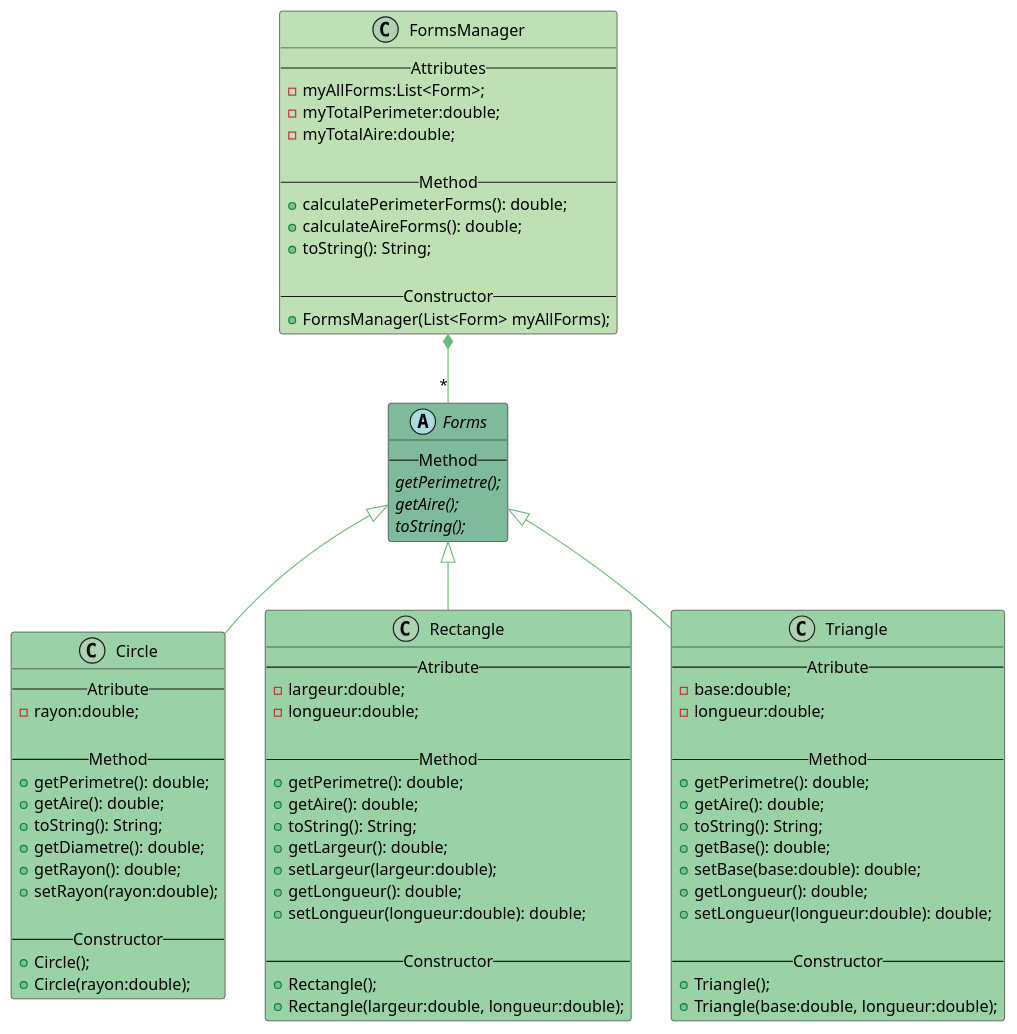
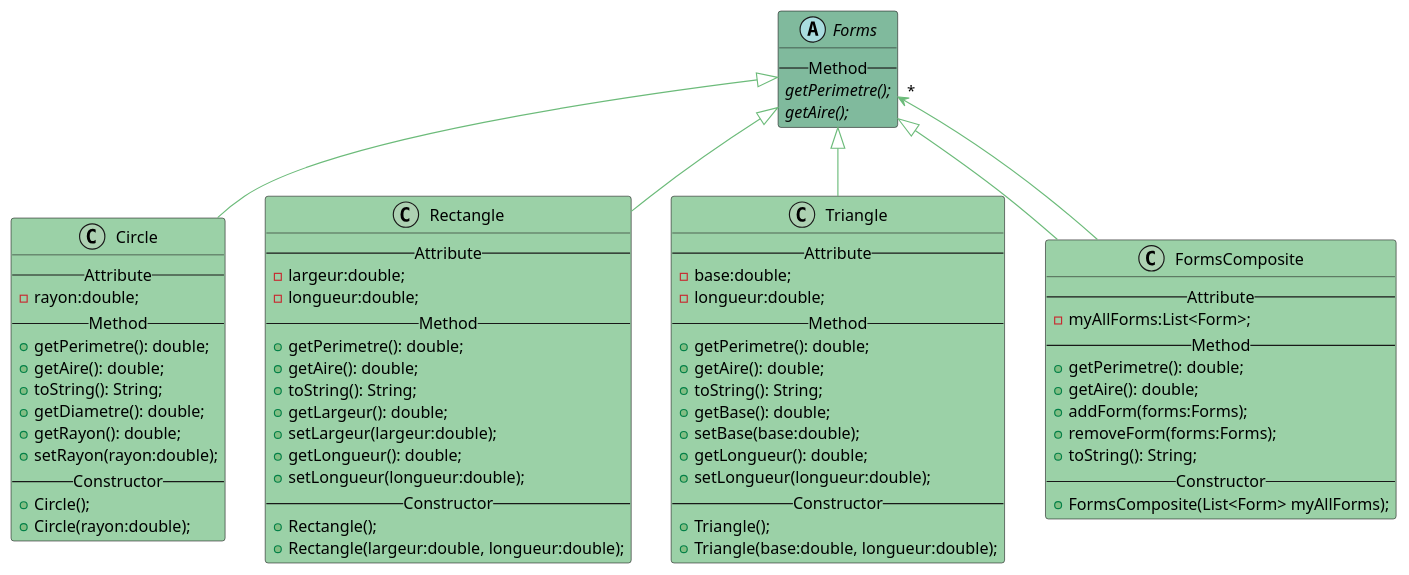
Before and after one commit to BSamet/fil_rouge_4.0.2: the diagram in filrouge_402-BACK/umlFilRouge.puml, drawn with PlantUML. The commit also changed 14 other files, not shown here.

```diff
--- a/filrouge_402-BACK/umlFilRouge.puml
+++ b/filrouge_402-BACK/umlFilRouge.puml
@@ -1,85 +1,77 @@
 @startuml
 
 abstract class Forms #80BA9D {
     --Method--
     {abstract} getPerimetre();
     {abstract} getAire();
-    {abstract} toString();
 }
 
 class Circle #9BD1A7 {
-    --Atribute--
+    --Attribute--
     -rayon:double;
-
     --Method--
     +getPerimetre(): double;
     +getAire(): double;
     +toString(): String;
     +getDiametre(): double;
     +getRayon(): double;
     +setRayon(rayon:double);
-
     --Constructor--
     +Circle();
     +Circle(rayon:double);
 }
 
 class Rectangle #9BD1A7 {
-    --Atribute--
+    --Attribute--
     -largeur:double;
     -longueur:double;
-
     --Method--
     +getPerimetre(): double;
     +getAire(): double;
     +toString(): String;
     +getLargeur(): double;
     +setLargeur(largeur:double);
     +getLongueur(): double;
-    +setLongueur(longueur:double): double;
-
+    +setLongueur(longueur:double);
     --Constructor--
     +Rectangle();
     +Rectangle(largeur:double, longueur:double);
 }
 
 class Triangle #9BD1A7 {
-    --Atribute--
+    --Attribute--
     -base:double;
     -longueur:double;
-
     --Method--
     +getPerimetre(): double;
     +getAire(): double;
     +toString(): String;
     +getBase(): double;
-    +setBase(base:double): double;
+    +setBase(base:double);
     +getLongueur(): double;
-    +setLongueur(longueur:double): double;
-
+    +setLongueur(longueur:double);
     --Constructor--
     +Triangle();
     +Triangle(base:double, longueur:double);
 }
 
-class FormsManager #BEE0B4 {
-    --Attributes--
+class FormsComposite #9BD1A7 {
+    --Attribute--
     -myAllForms:List<Form>;
-    -myTotalPerimeter:double;
-    -myTotalAire:double;
-
     --Method--
-    +calculatePerimeterForms(): double;
-    +calculateAireForms(): double;
+    +getPerimetre(): double;
+    +getAire(): double;
+    +addForm(forms:Forms);
+    +removeForm(forms:Forms);
     +toString(): String;
-
     --Constructor--
-    +FormsManager(List<Form> myAllForms);
+    +FormsComposite(List<Form> myAllForms);
 }
 
 Forms <|-- Circle #6CBB7A
 Forms <|-- Rectangle #6CBB7A
 Forms <|-- Triangle #6CBB7A
-FormsManager *-- "*" Forms #6CBB7A
+Forms <|-- FormsComposite #6CBB7A
+Forms "*" <-- FormsComposite #6CBB7A
 
 @enduml
```
